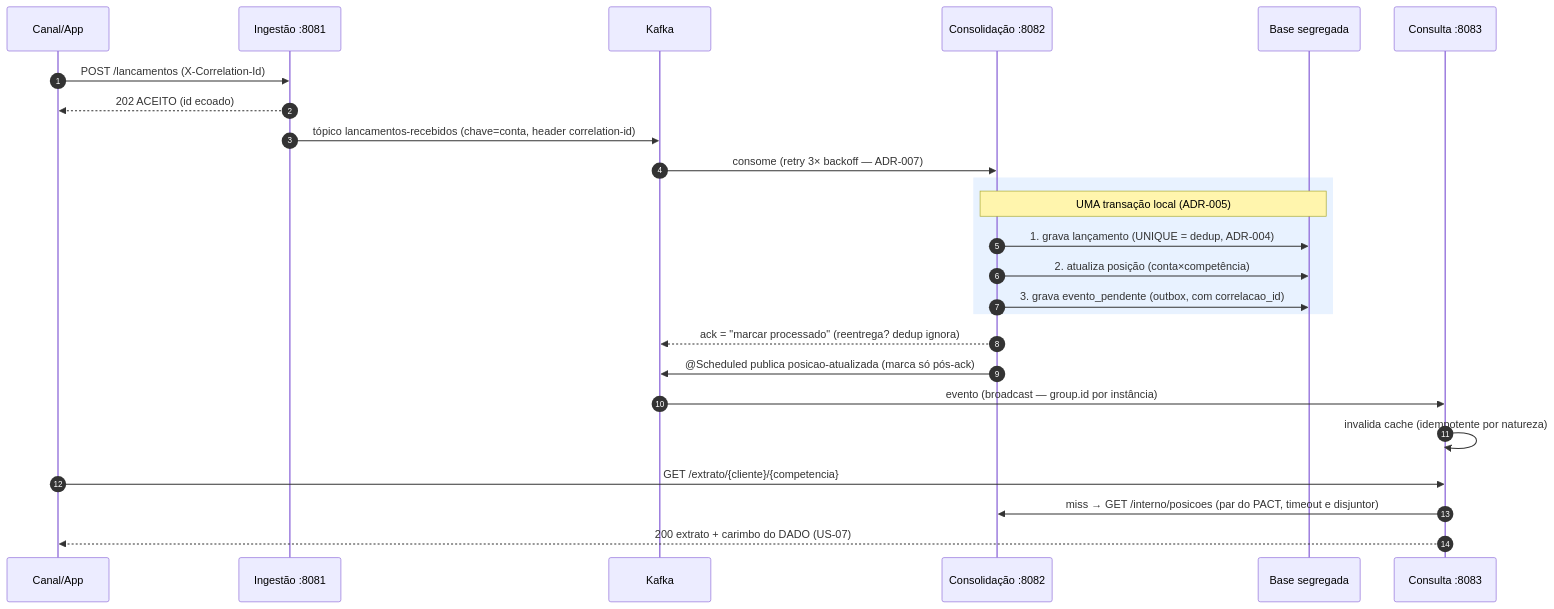
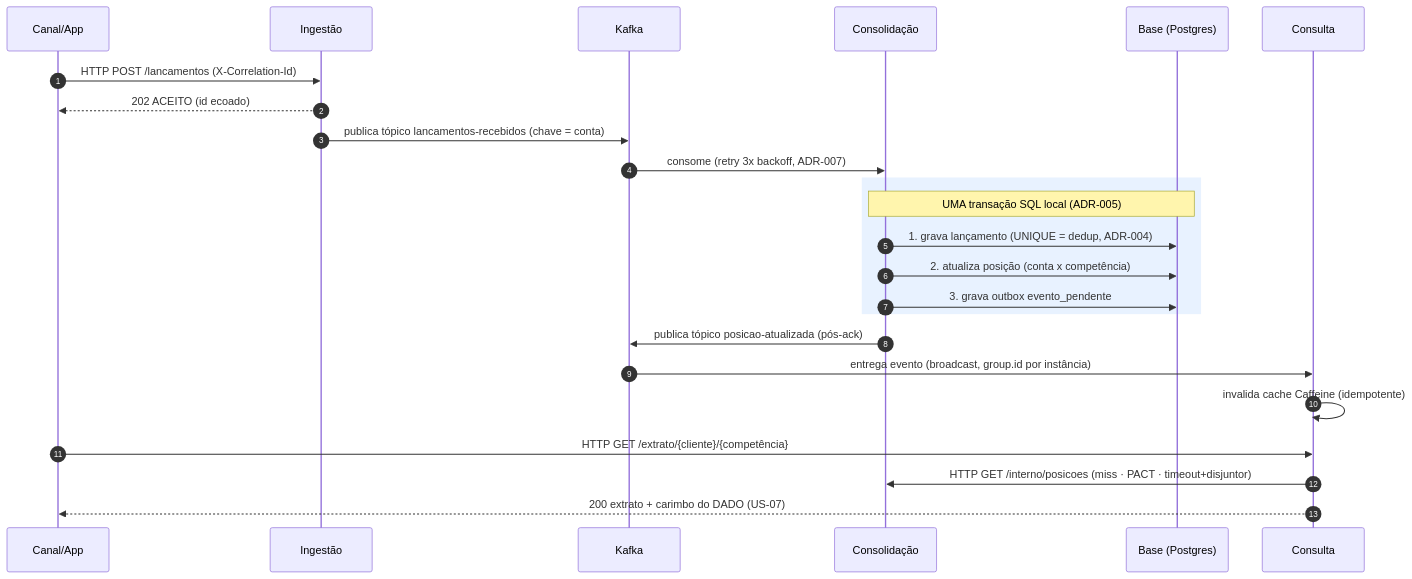
The second of 5 diagrams in docs/resumo-visual.md (leofaria-code/consolidador-extrato), drawn with Mermaid before and after one commit. The commit also changed other lines of this file and 2 other files, not shown here.

First line of the commit message:
docs: diagramas Mermaid — mapa de mecanismos + legibilidade + transporte explicito

````diff
--- a/docs/resumo-visual.md
+++ b/docs/resumo-visual.md
@@ -9,28 +44,27 @@
 ```mermaid
 sequenceDiagram
     autonumber
     participant C as Canal/App
-    participant I as Ingestão :8081
+    participant I as Ingestão
     participant K as Kafka
-    participant Co as Consolidação :8082
-    participant DB as Base segregada
-    participant Q as Consulta :8083
+    participant Co as Consolidação
+    participant DB as Base (Postgres)
+    participant Q as Consulta
 
-    C->>I: POST /lancamentos (X-Correlation-Id)
+    C->>I: HTTP POST /lancamentos (X-Correlation-Id)
     I-->>C: 202 ACEITO (id ecoado)
-    I->>K: tópico lancamentos-recebidos (chave=conta, header correlation-id)
-    K->>Co: consome (retry 3× backoff — ADR-007)
+    I->>K: publica tópico lancamentos-recebidos (chave = conta)
+    K->>Co: consome (retry 3x backoff, ADR-007)
     rect rgb(232, 242, 255)
-        note over Co,DB: UMA transação local (ADR-005)
+        note over Co,DB: UMA transação SQL local (ADR-005)
         Co->>DB: 1. grava lançamento (UNIQUE = dedup, ADR-004)
-        Co->>DB: 2. atualiza posição (conta×competência)
-        Co->>DB: 3. grava evento_pendente (outbox, com correlacao_id)
+        Co->>DB: 2. atualiza posição (conta x competência)
+        Co->>DB: 3. grava outbox evento_pendente
     end
-    Co-->>K: ack = "marcar processado" (reentrega? dedup ignora)
-    Co->>K: @Scheduled publica posicao-atualizada (marca só pós-ack)
-    K->>Q: evento (broadcast — group.id por instância)
-    Q->>Q: invalida cache (idempotente por natureza)
-    C->>Q: GET /extrato/{cliente}/{competencia}
-    Q->>Co: miss → GET /interno/posicoes (par do PACT, timeout e disjuntor)
+    Co->>K: publica tópico posicao-atualizada (pós-ack)
+    K->>Q: entrega evento (broadcast, group.id por instância)
+    Q->>Q: invalida cache Caffeine (idempotente)
+    C->>Q: HTTP GET /extrato/{cliente}/{competência}
+    Q->>Co: HTTP GET /interno/posicoes (miss · PACT · timeout+disjuntor)
     Q-->>C: 200 extrato + carimbo do DADO (US-07)
 ```
````
